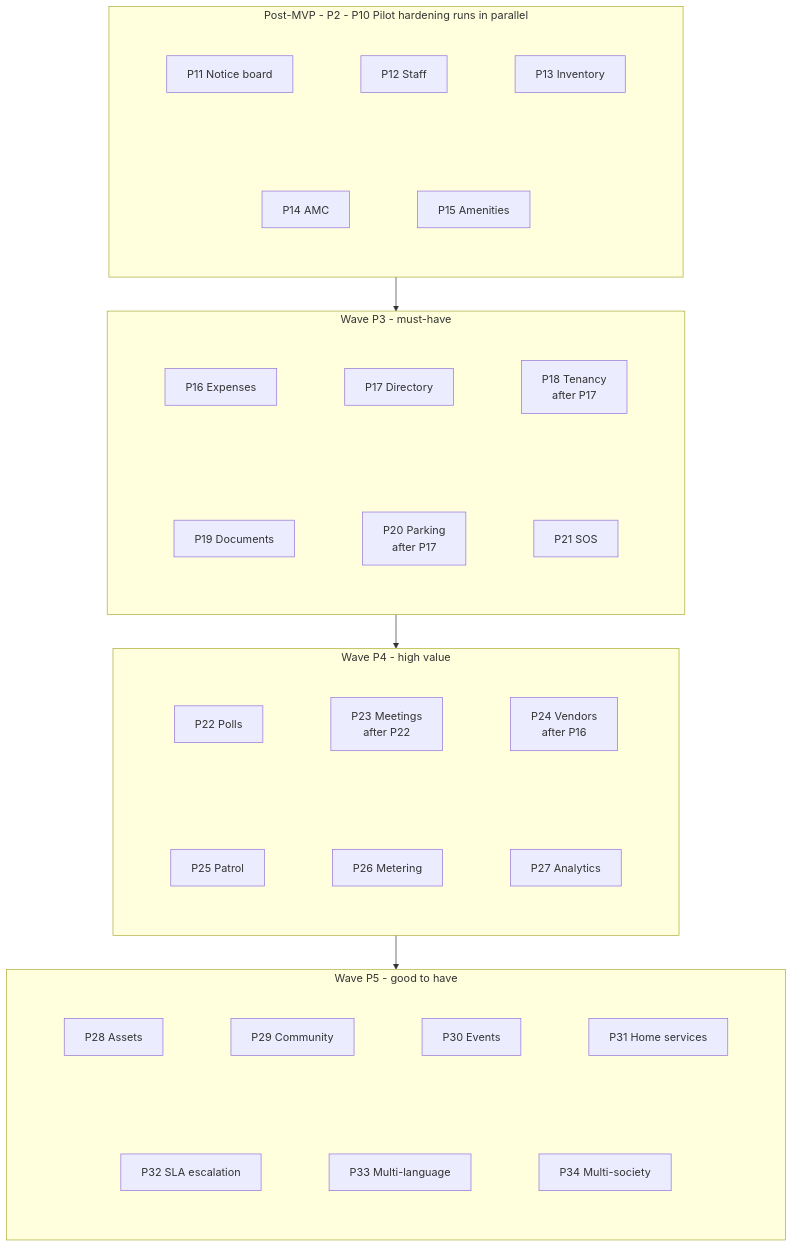
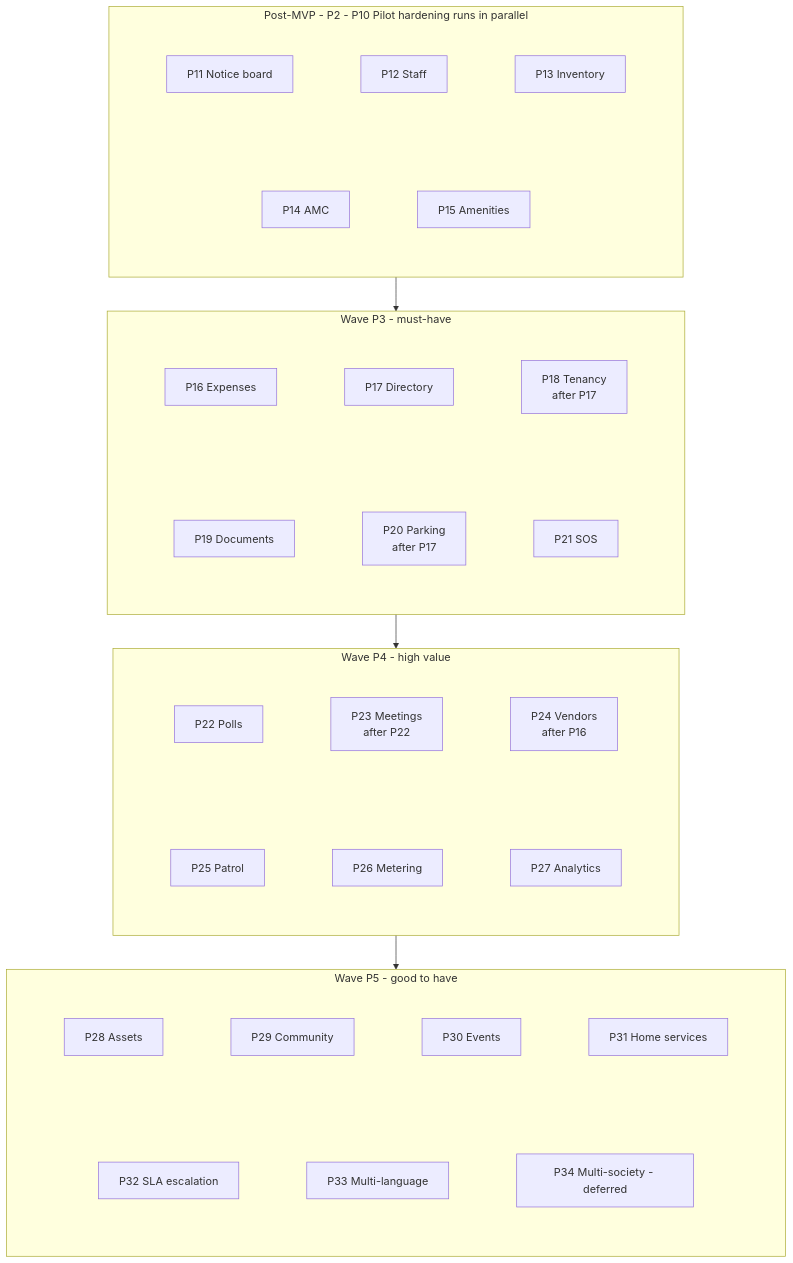
The second of 2 diagrams in docs/IMPLEMENTATION_PLAN.md (abhishek-r-patel/homeish), drawn with Mermaid before and after one commit. The commit also changed other lines of this file and 7 other files, not shown here.

````diff
--- a/docs/IMPLEMENTATION_PLAN.md
+++ b/docs/IMPLEMENTATION_PLAN.md
@@ -63,54 +63,54 @@
 ```mermaid
 flowchart TD
   subgraph W2[Post-MVP - P2 - P10 Pilot hardening runs in parallel]
     direction TB
     subgraph W2a[" "]
       direction LR
       P11[P11 Notice board] ~~~ P12[P12 Staff] ~~~ P13[P13 Inventory]
     end
     subgraph W2b[" "]
       direction LR
       P14[P14 AMC] ~~~ P15[P15 Amenities]
     end
     W2a ~~~ W2b
   end
   subgraph W3[Wave P3 - must-have]
     direction TB
     subgraph W3a[" "]
       direction LR
       P16[P16 Expenses] ~~~ P17[P17 Directory] ~~~ P18[P18 Tenancy<br/>after P17]
     end
     subgraph W3b[" "]
       direction LR
       P19[P19 Documents] ~~~ P20[P20 Parking<br/>after P17] ~~~ P21[P21 SOS]
     end
     W3a ~~~ W3b
   end
   subgraph W4[Wave P4 - high value]
     direction TB
     subgraph W4a[" "]
       direction LR
       P22[P22 Polls] ~~~ P23[P23 Meetings<br/>after P22] ~~~ P24[P24 Vendors<br/>after P16]
     end
     subgraph W4b[" "]
       direction LR
       P25[P25 Patrol] ~~~ P26[P26 Metering] ~~~ P27[P27 Analytics]
     end
     W4a ~~~ W4b
   end
   subgraph W5[Wave P5 - good to have]
     direction TB
     subgraph W5a[" "]
       direction LR
       P28[P28 Assets] ~~~ P29[P29 Community] ~~~ P30[P30 Events] ~~~ P31[P31 Home services]
     end
     subgraph W5b[" "]
       direction LR
-      P32[P32 SLA escalation] ~~~ P33[P33 Multi-language] ~~~ P34[P34 Multi-society]
+      P32[P32 SLA escalation] ~~~ P33[P33 Multi-language] ~~~ P34[P34 Multi-society - deferred]
     end
     W5a ~~~ W5b
   end
   W2 --> W3 --> W4 --> W5
   classDef row fill:none,stroke:none
   class W2a,W2b,W3a,W3b,W4a,W4b,W5a,W5b row
 ```
````
